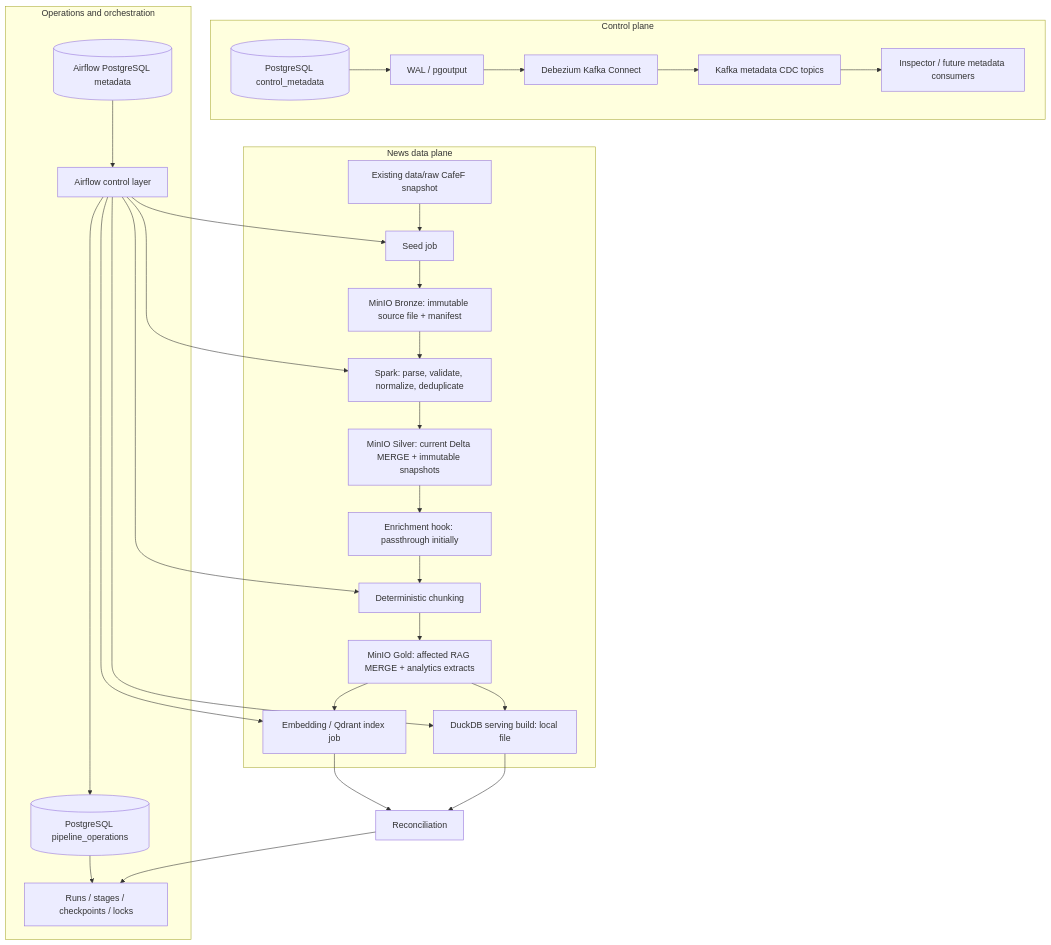
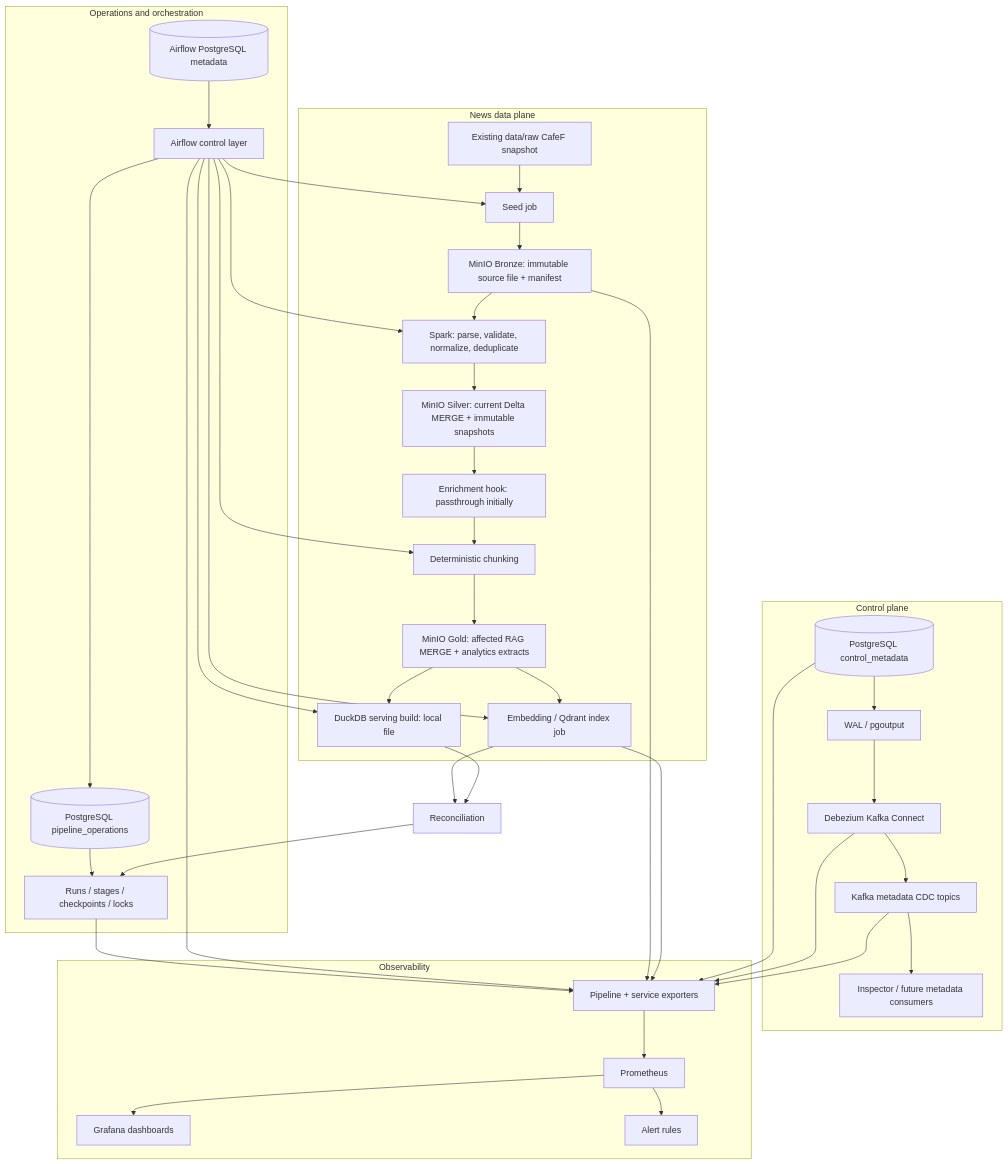
Before and after one commit to minhphu05/financial-news: the diagram in docs/local-architecture.md, drawn with Mermaid. The commit also changed other lines of this file and 43 other files, not shown here.

````diff
--- a/docs/local-architecture.md
+++ b/docs/local-architecture.md
@@ -23,33 +24,45 @@
 ```mermaid
 flowchart TB
     subgraph CP[Control plane]
         MPG[(PostgreSQL control_metadata)] --> WAL[WAL / pgoutput]
         WAL --> DBZ[Debezium Kafka Connect]
         DBZ --> KF[Kafka metadata CDC topics]
         KF --> MC[Inspector / future metadata consumers]
     end
     subgraph OP[Operations and orchestration]
         AP[(Airflow PostgreSQL metadata)] --> AF[Airflow control layer]
         AF --> PR[(PostgreSQL pipeline_operations)]
         PR --> CK[Runs / stages / checkpoints / locks]
     end
     subgraph DP[News data plane]
         A[Existing data/raw CafeF snapshot] --> B[Seed job]
         B --> C[MinIO Bronze: immutable source file + manifest]
         C --> D[Spark: parse, validate, normalize, deduplicate]
         D --> E[MinIO Silver: current Delta MERGE + immutable snapshots]
         E --> F[Enrichment hook: passthrough initially]
         F --> G[Deterministic chunking]
         G --> H[MinIO Gold: affected RAG MERGE + analytics extracts]
         H --> I[Embedding / Qdrant index job]
         H --> J[DuckDB serving build: local file]
     end
+    subgraph OB[Observability]
+        EX[Pipeline + service exporters] --> PM[Prometheus]
+        PM --> GF[Grafana dashboards]
+        PM --> AR[Alert rules]
+    end
     AF --> B
     AF --> D
     AF --> G
     AF --> I
     AF --> J
     I --> RC[Reconciliation]
     J --> RC
     RC --> CK
+    CK --> EX
+    AF --> EX
+    MPG --> EX
+    DBZ --> EX
+    KF --> EX
+    C --> EX
+    I --> EX
 ```
````
